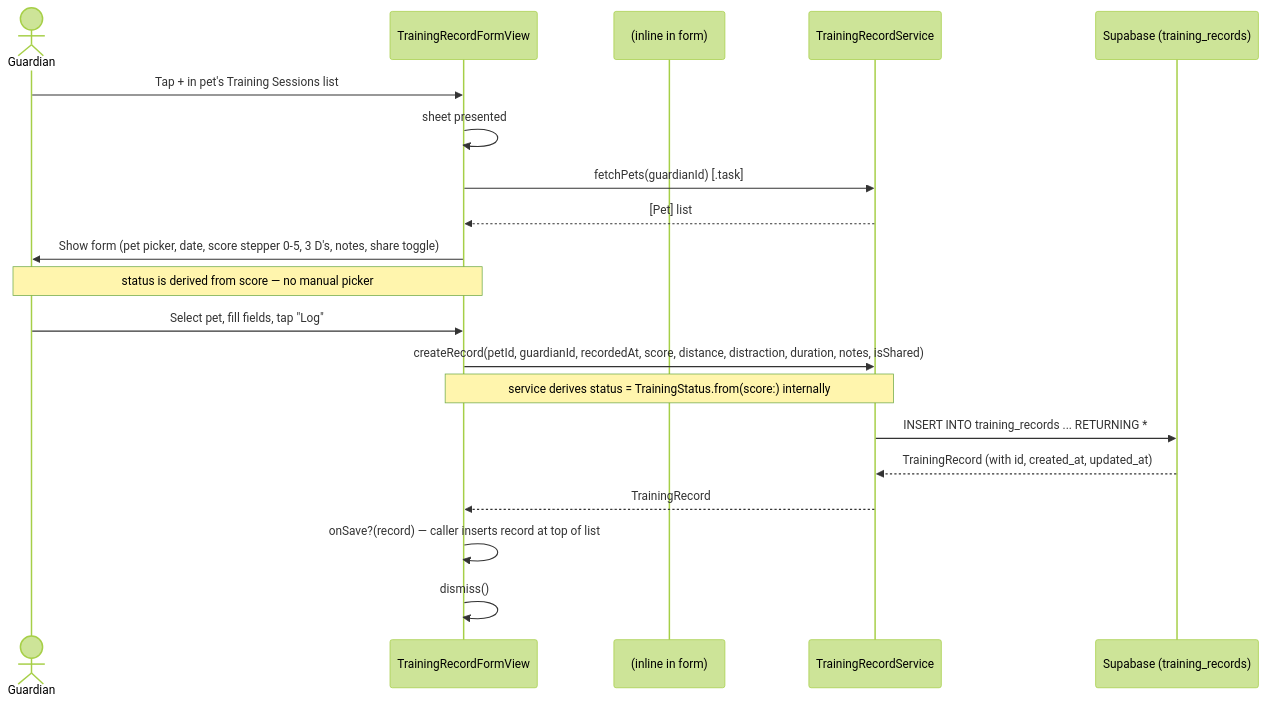
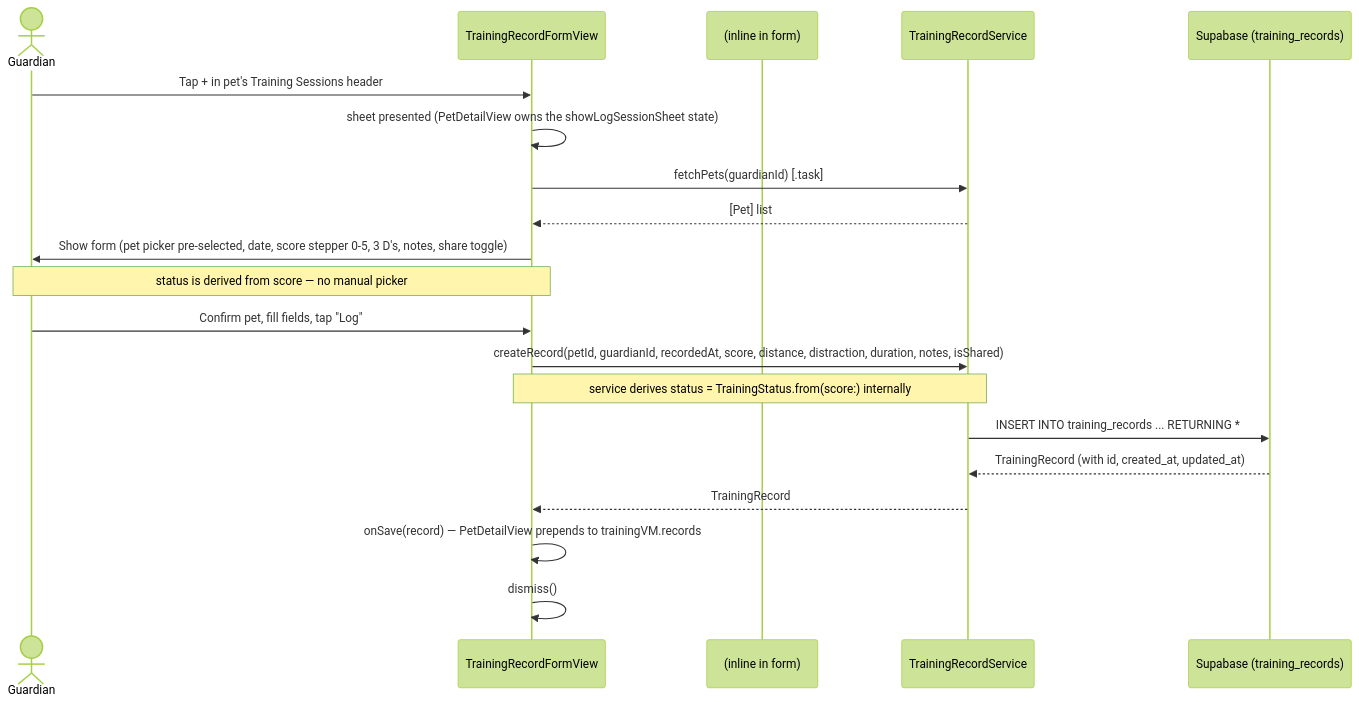
Before and after one commit to markculley/HoundHabit: the first of 5 diagrams in docs/use_cases/log_training.md, drawn with Mermaid (forest theme). The commit also changed other lines of this file and 13 other files, not shown here.

````diff
--- a/docs/use_cases/log_training.md
+++ b/docs/use_cases/log_training.md
@@ -9,24 +9,24 @@
 ```mermaid
 sequenceDiagram
     actor G as Guardian
     participant UI as TrainingRecordFormView
     participant VM as (inline in form)
     participant SVC as TrainingRecordService
     participant DB as Supabase (training_records)
 
-    G->>UI: Tap + in pet's Training Sessions list
-    UI->>UI: sheet presented
+    G->>UI: Tap + in pet's Training Sessions header
+    UI->>UI: sheet presented (PetDetailView owns the showLogSessionSheet state)
     UI->>SVC: fetchPets(guardianId) [.task]
     SVC-->>UI: [Pet] list
-    UI->>G: Show form (pet picker, date, score stepper 0-5, 3 D's, notes, share toggle)
+    UI->>G: Show form (pet picker pre-selected, date, score stepper 0-5, 3 D's, notes, share toggle)
     note over UI,G: status is derived from score — no manual picker
 
-    G->>UI: Select pet, fill fields, tap "Log"
+    G->>UI: Confirm pet, fill fields, tap "Log"
     UI->>SVC: createRecord(petId, guardianId, recordedAt, score, distance, distraction, duration, notes, isShared)
     note over UI,SVC: service derives status = TrainingStatus.from(score:) internally
     SVC->>DB: INSERT INTO training_records ... RETURNING *
     DB-->>SVC: TrainingRecord (with id, created_at, updated_at)
     SVC-->>UI: TrainingRecord
-    UI->>UI: onSave?(record) — caller inserts record at top of list
+    UI->>UI: onSave(record) — PetDetailView prepends to trainingVM.records
     UI->>UI: dismiss()
 ```
````
